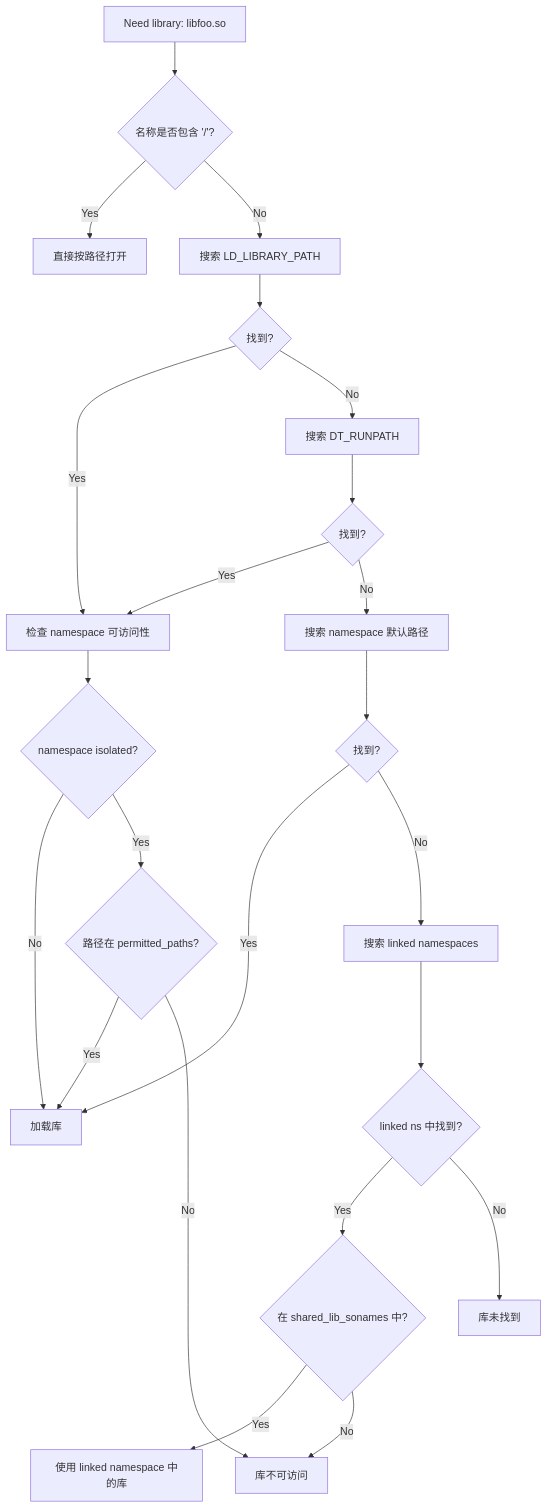
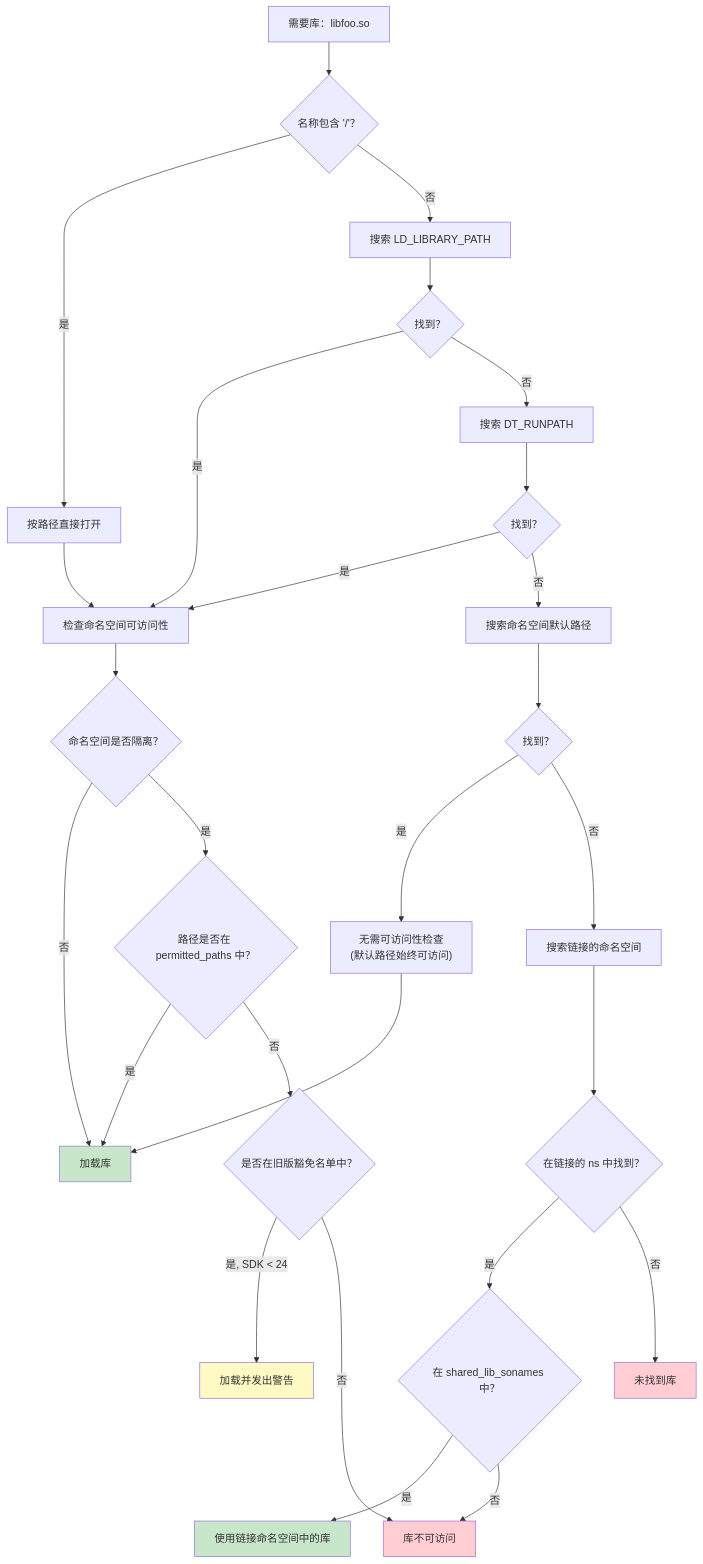
Before and after one commit to fwrite0920/aosp-internal-book: diagram 12 of 13 in 07-bionic-and-linker-zh.md, drawn with Mermaid. The commit also changed other lines of this file and 63 other files, not shown here.

````diff
--- a/07-bionic-and-linker-zh.md
+++ b/07-bionic-and-linker-zh.md
@@ -669,25 +2031,37 @@
 ```mermaid
 graph TD
-    A["Need library: libfoo.so"] --> B{"名称是否包含 '/'?"}
-    B -->|"Yes"| C["直接按路径打开"]
-    B -->|"No"| D["搜索 LD_LIBRARY_PATH"]
-    D --> E{"找到?"}
-    E -->|"Yes"| F["检查 namespace 可访问性"]
-    E -->|"No"| G["搜索 DT_RUNPATH"]
-    G --> H{"找到?"}
-    H -->|"Yes"| F
-    H -->|"No"| I["搜索 namespace 默认路径"]
-    I --> J{"找到?"}
-    J -->|"Yes"| K["加载库"]
-    J -->|"No"| L["搜索 linked namespaces"]
-    L --> M{"linked ns 中找到?"}
-    M -->|"Yes"| N{"在 shared_lib_sonames 中?"}
-    N -->|"Yes"| O["使用 linked namespace 中的库"]
-    N -->|"No"| P["库不可访问"]
-    M -->|"No"| Q["库未找到"]
-    F --> R{"namespace isolated?"}
-    R -->|"No"| K
-    R -->|"Yes"| S{"路径在 permitted_paths?"}
-    S -->|"Yes"| K
-    S -->|"No"| P
+    A["需要库：libfoo.so"] --> B{名称包含 '/'？}
+    B -->|是| C["按路径直接打开"]
+    B -->|否| D["搜索 LD_LIBRARY_PATH"]
+    D --> E{找到？}
+    E -->|是| F["检查命名空间可访问性"]
+    E -->|否| G["搜索 DT_RUNPATH"]
+    G --> H{找到？}
+    H -->|是| F
+    H -->|否| I["搜索命名空间默认路径"]
+    I --> J{找到？}
+    J -->|是| K["无需可访问性检查<br/>(默认路径始终可访问)"]
+    J -->|否| L["搜索链接的命名空间"]
+    L --> M{在链接的 ns 中找到？}
+    M -->|是| N{在 shared_lib_sonames 中？}
+    N -->|是| O["使用链接命名空间中的库"]
+    N -->|否| P["库不可访问"]
+    M -->|否| Q["未找到库"]
+
+    F --> R{命名空间是否隔离？}
+    R -->|否| S["加载库"]
+    R -->|是| T{路径是否在 permitted_paths 中？}
+    T -->|是| S
+    T -->|否| U{是否在旧版豁免名单中？}
+    U -->|是, SDK < 24| V["加载并发出警告"]
+    U -->|否| P
+
+    C --> F
+    K --> S
+
+    style S fill:#c8e6c9
+    style O fill:#c8e6c9
+    style V fill:#fff9c4
+    style P fill:#ffcdd2
+    style Q fill:#ffcdd2
 ```
````
